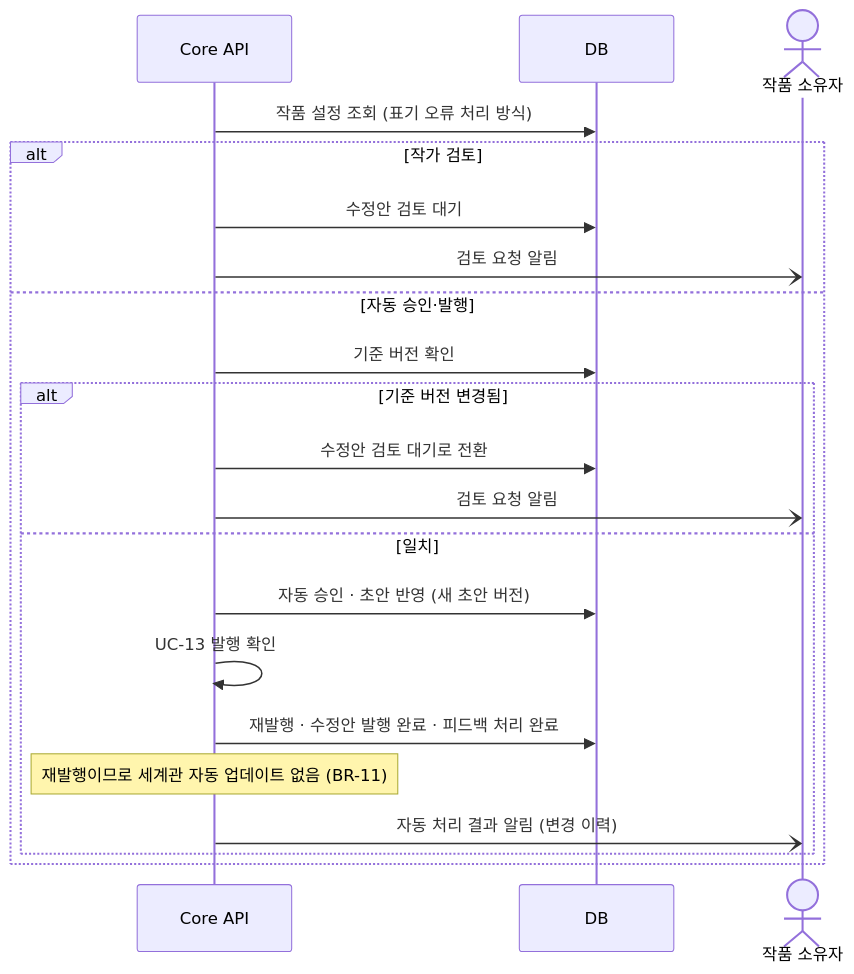
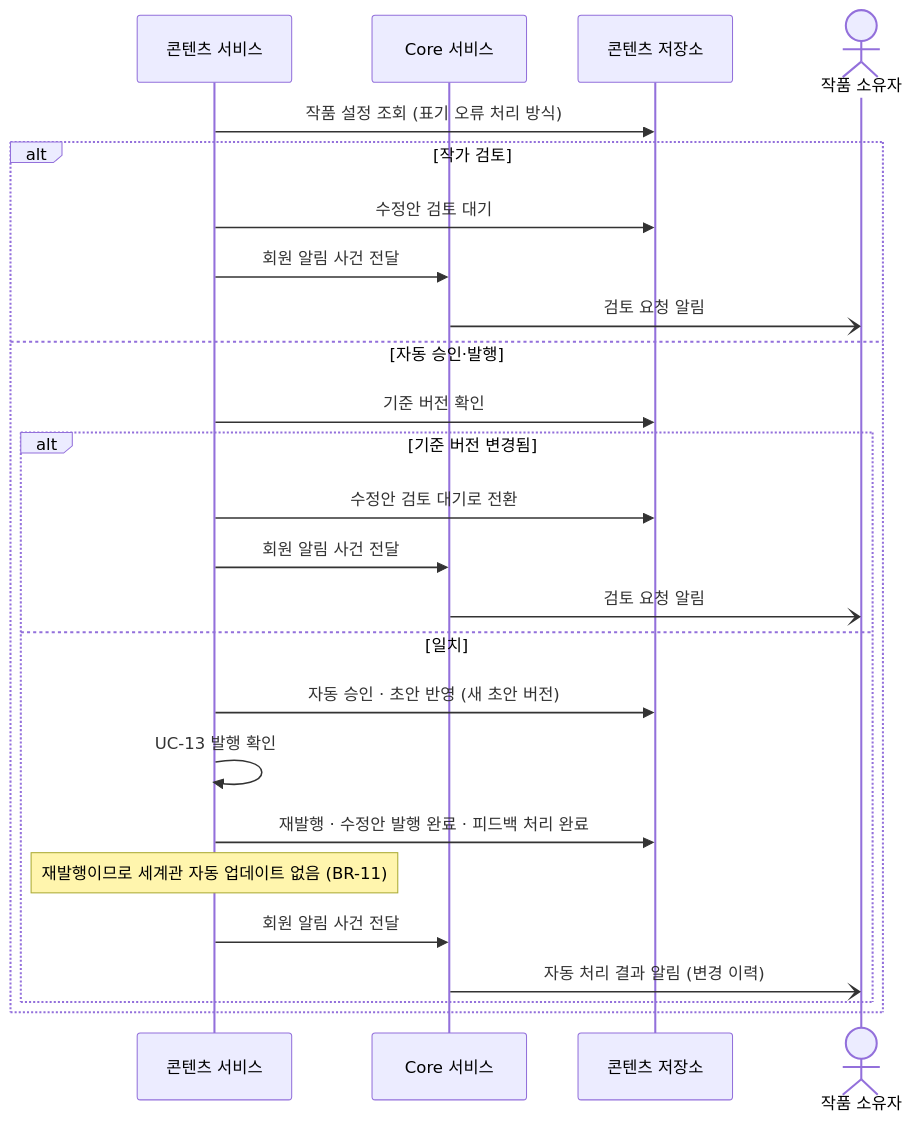
The second of 4 diagrams in docs/diagrams/sequence.md (SKNETWORKS-FAMILY-AICAMP/SKN34-FINAL-4TEAM), drawn with Mermaid before and after one commit. The commit also changed other lines of this file and 79 other files, not shown here.

````diff
--- a/docs/diagrams/sequence.md
+++ b/docs/diagrams/sequence.md
@@ -62,23 +66,27 @@
 ```mermaid
 sequenceDiagram
-  participant CO as Core API
-  participant DB as DB
+  participant CO as 콘텐츠 서비스
+  participant CORE as Core 서비스
+  participant DB as 콘텐츠 저장소
   actor W as 작품 소유자
   CO->>DB: 작품 설정 조회 (표기 오류 처리 방식)
   alt 작가 검토
     CO->>DB: 수정안 검토 대기
-    CO-)W: 검토 요청 알림
+    CO->>CORE: 회원 알림 사건 전달
+    CORE-)W: 검토 요청 알림
   else 자동 승인·발행
     CO->>DB: 기준 버전 확인
     alt 기준 버전 변경됨
       CO->>DB: 수정안 검토 대기로 전환
-      CO-)W: 검토 요청 알림
+      CO->>CORE: 회원 알림 사건 전달
+      CORE-)W: 검토 요청 알림
     else 일치
       CO->>DB: 자동 승인 · 초안 반영 (새 초안 버전)
       CO->>CO: UC-13 발행 확인
       CO->>DB: 재발행 · 수정안 발행 완료 · 피드백 처리 완료
       Note over CO: 재발행이므로 세계관 자동 업데이트 없음 (BR-11)
-      CO-)W: 자동 처리 결과 알림 (변경 이력)
+      CO->>CORE: 회원 알림 사건 전달
+      CORE-)W: 자동 처리 결과 알림 (변경 이력)
     end
   end
 ```
````
